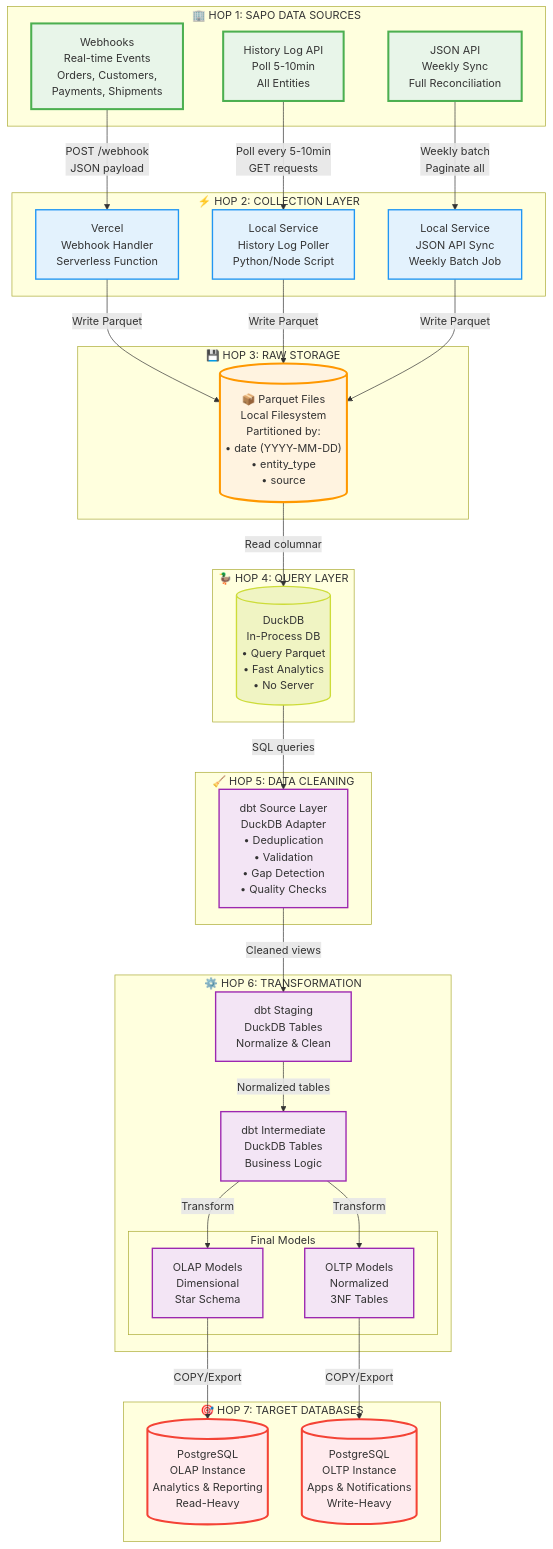
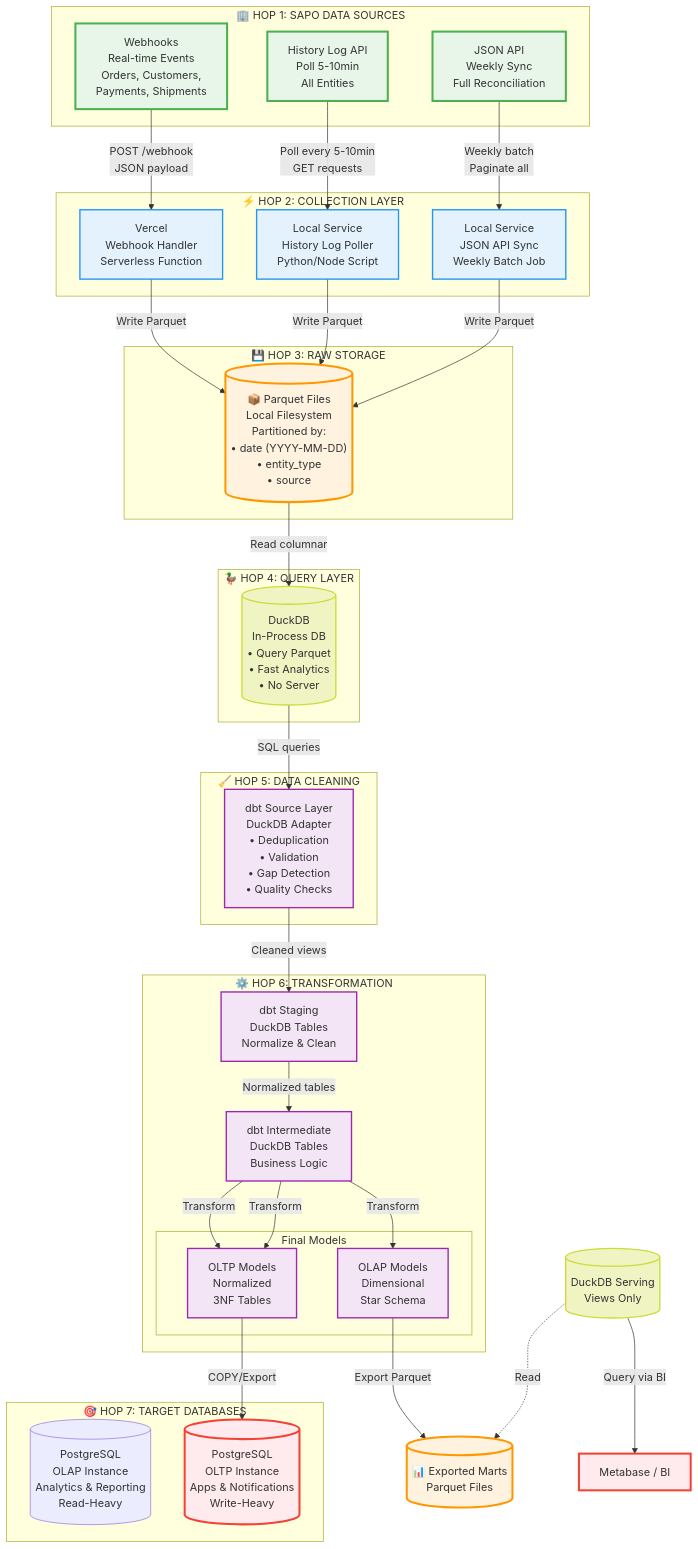
One commit to vantt/data-integration changed the first of 2 diagrams in docs/data_pipeline.md. Above: the diagram before and after it, drawn with Mermaid. The commit also changed other lines of this file and 311 other files, not shown here.

````diff
--- a/docs/data_pipeline.md
+++ b/docs/data_pipeline.md
@@ -28,77 +41,82 @@
 ```mermaid
 flowchart TB
     subgraph SOURCE["🏢 HOP 1: SAPO DATA SOURCES"]
         WH[Webhooks<br/>Real-time Events<br/>Orders, Customers,<br/>Payments, Shipments]
         HL[History Log API<br/>Poll 5-10min<br/>All Entities]
         JA[JSON API<br/>Weekly Sync<br/>Full Reconciliation]
     end
 
     subgraph COLLECT["⚡ HOP 2: COLLECTION LAYER"]
         VWH[Vercel<br/>Webhook Handler<br/>Serverless Function]
         HLP[Local Service<br/>History Log Poller<br/>Python/Node Script]
         JAP[Local Service<br/>JSON API Sync<br/>Weekly Batch Job]
     end
 
     subgraph RAW["💾 HOP 3: RAW STORAGE"]
         PARQUET[("📦 Parquet Files<br/>Local Filesystem<br/>Partitioned by:<br/>• date (YYYY-MM-DD)<br/>• entity_type<br/>• source")]
     end
 
     subgraph PROCESS["🦆 HOP 4: QUERY LAYER"]
         DUCK[(DuckDB<br/>In-Process DB<br/>• Query Parquet<br/>• Fast Analytics<br/>• No Server)]
     end
 
     subgraph CLEAN["🧹 HOP 5: DATA CLEANING"]
         DBT_SRC[dbt Source Layer<br/>DuckDB Adapter<br/>• Deduplication<br/>• Validation<br/>• Gap Detection<br/>• Quality Checks]
     end
 
     subgraph TRANSFORM["⚙️ HOP 6: TRANSFORMATION"]
         DBT_STG[dbt Staging<br/>DuckDB Tables<br/>Normalize & Clean]
         DBT_INT[dbt Intermediate<br/>DuckDB Tables<br/>Business Logic]
 
         subgraph FINAL["Final Models"]
             DBT_OLAP[OLAP Models<br/>Dimensional<br/>Star Schema]
             DBT_OLTP[OLTP Models<br/>Normalized<br/>3NF Tables]
         end
     end
 
     subgraph TARGET["🎯 HOP 7: TARGET DATABASES"]
         PG_OLAP[(PostgreSQL<br/>OLAP Instance<br/>Analytics & Reporting<br/>Read-Heavy)]
         PG_OLTP[(PostgreSQL<br/>OLTP Instance<br/>Apps & Notifications<br/>Write-Heavy)]
     end
 
     %% Data Flow
     WH -->|POST /webhook<br/>JSON payload| VWH
     HL -->|Poll every 5-10min<br/>GET requests| HLP
     JA -->|Weekly batch<br/>Paginate all| JAP
 
     VWH -->|Write Parquet| PARQUET
     HLP -->|Write Parquet| PARQUET
     JAP -->|Write Parquet| PARQUET
 
     PARQUET -->|Read columnar| DUCK
 
     DUCK -->|SQL queries| DBT_SRC
 
     DBT_SRC -->|Cleaned views| DBT_STG
     DBT_STG -->|Normalized tables| DBT_INT
     DBT_INT -->|Transform| DBT_OLAP
     DBT_INT -->|Transform| DBT_OLTP
 
-    DBT_OLAP -->|COPY/Export| PG_OLAP
+    DBT_INT -->|Transform| DBT_OLTP
+
+    DBT_OLAP -->|Export Parquet| PARQUET_MART[(📊 Exported Marts<br/>Parquet Files)]
+    SERVING[(DuckDB Serving<br/>Views Only)] -.->|Read| PARQUET_MART
+
+    SERVING -->|Query via BI| BI_TOOL[Metabase / BI]
     DBT_OLTP -->|COPY/Export| PG_OLTP
 
     %% Styling
     classDef sourceNode fill:#E8F5E9,stroke:#4CAF50,stroke-width:3px
     classDef collectNode fill:#E3F2FD,stroke:#2196F3,stroke-width:2px
     classDef storageNode fill:#FFF3E0,stroke:#FF9800,stroke-width:3px
     classDef processNode fill:#F0F4C3,stroke:#CDDC39,stroke-width:2px
     classDef transformNode fill:#F3E5F5,stroke:#9C27B0,stroke-width:2px
     classDef targetNode fill:#FFEBEE,stroke:#F44336,stroke-width:3px
 
     class WH,HL,JA sourceNode
     class VWH,HLP,JAP collectNode
-    class PARQUET storageNode
-    class DUCK processNode
+    class PARQUET,PARQUET_MART storageNode
+    class DUCK,SERVING processNode
     class DBT_SRC,DBT_STG,DBT_INT,DBT_OLAP,DBT_OLTP transformNode
-    class PG_OLAP,PG_OLTP targetNode
+    class PG_OLTP,BI_TOOL targetNode
 ```
````
